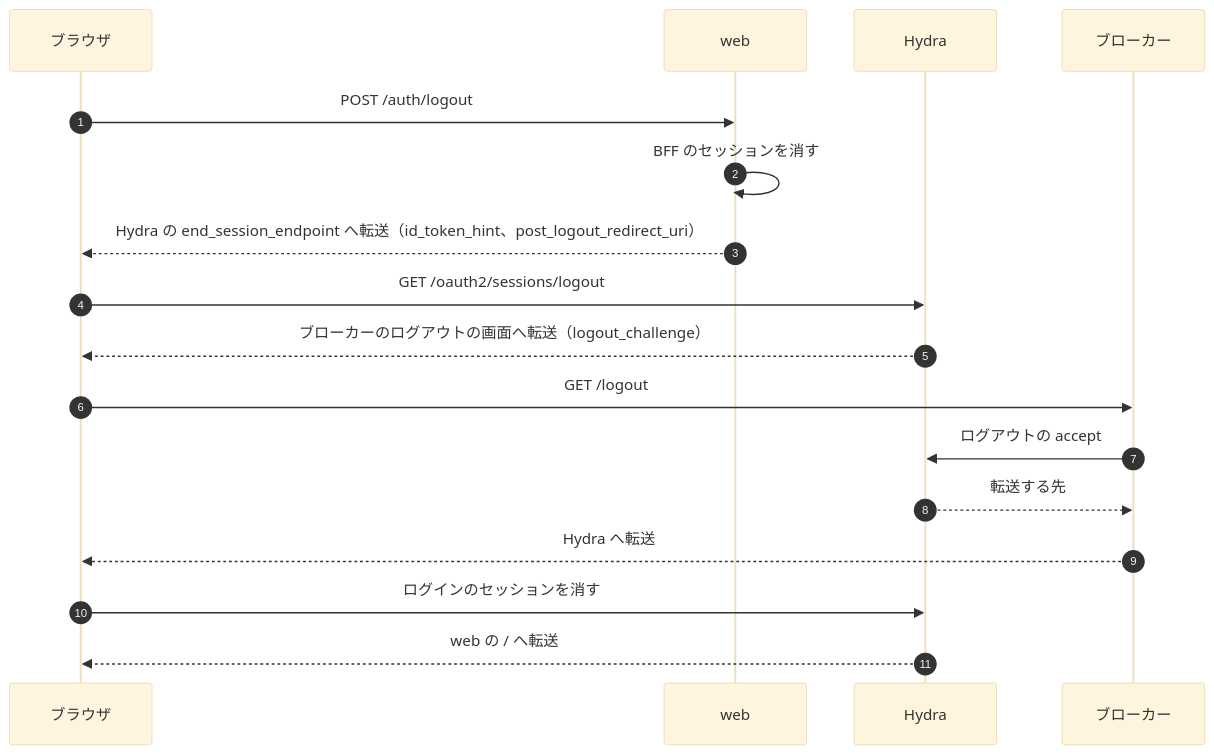
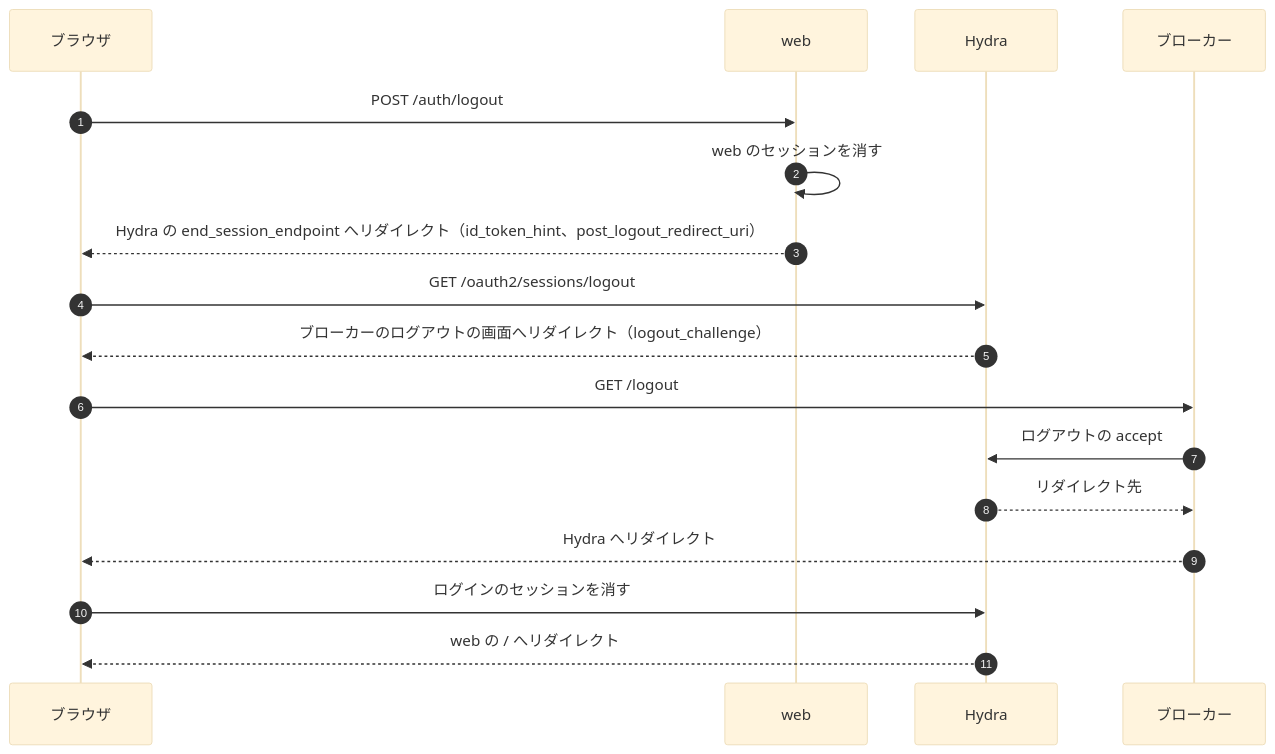
Before and after one commit to Fukuemon/buddy: the fifth of 5 diagrams in services/broker/DesignDoc.md, drawn with Mermaid (base theme). The commit also changed other lines of this file and 23 other files, not shown here.

````diff
--- a/services/broker/DesignDoc.md
+++ b/services/broker/DesignDoc.md
@@ -215,19 +248,19 @@
 ```mermaid
 sequenceDiagram
   autonumber
   participant B as ブラウザ
   participant W as web
   participant H as Hydra
   participant K as ブローカー
   B->>W: POST /auth/logout
-  W->>W: BFF のセッションを消す
-  W-->>B: Hydra の end_session_endpoint へ転送（id_token_hint、post_logout_redirect_uri）
+  W->>W: web のセッションを消す
+  W-->>B: Hydra の end_session_endpoint へリダイレクト（id_token_hint、post_logout_redirect_uri）
   B->>H: GET /oauth2/sessions/logout
-  H-->>B: ブローカーのログアウトの画面へ転送（logout_challenge）
+  H-->>B: ブローカーのログアウトの画面へリダイレクト（logout_challenge）
   B->>K: GET /logout
   K->>H: ログアウトの accept
-  H-->>K: 転送する先
-  K-->>B: Hydra へ転送
+  H-->>K: リダイレクト先
+  K-->>B: Hydra へリダイレクト
   B->>H: ログインのセッションを消す
-  H-->>B: web の / へ転送
+  H-->>B: web の / へリダイレクト
 ```
````
